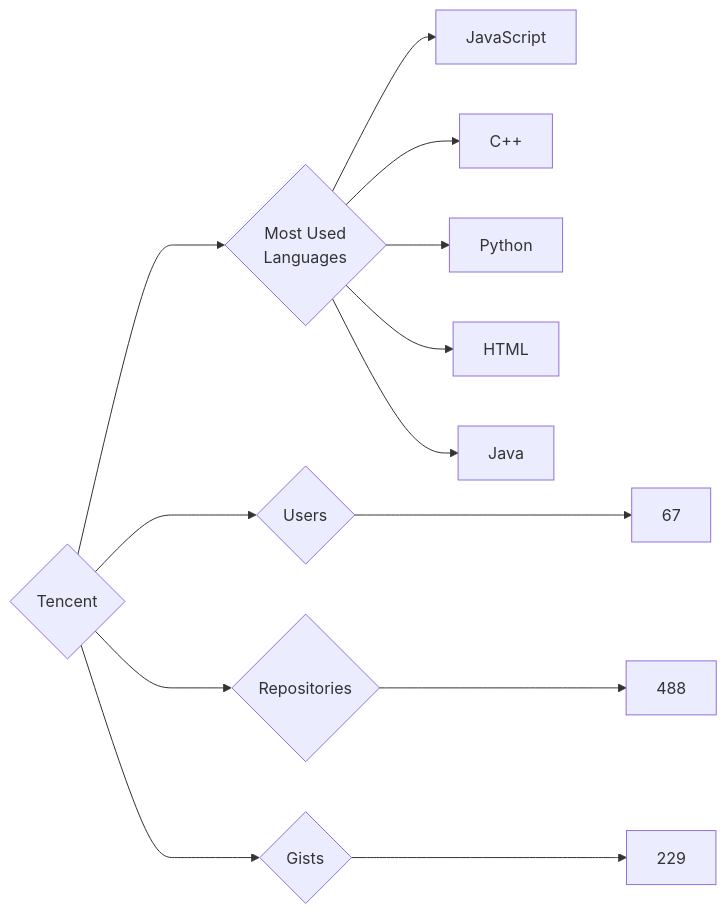
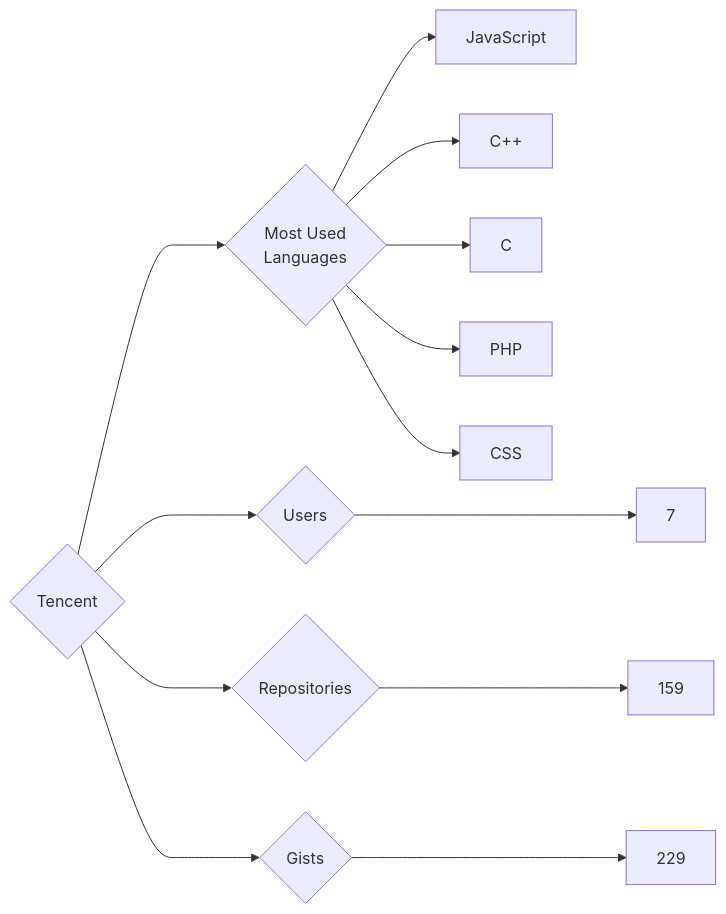
One commit to trickest/insiders changed the diagram in targets/Tencent/README.md. Above: the diagram before and after it, drawn with Mermaid. The commit also changed 681 other files, not shown here.

````diff
--- a/targets/Tencent/README.md
+++ b/targets/Tencent/README.md
@@ -3,13 +3,13 @@
 ```mermaid
 graph LR
 COMPANY_NAME{Tencent}
-COMPANY_NAME ---> U{Users} ---> UN[67]
-COMPANY_NAME ---> R{Repositories} ---> RN[488]
+COMPANY_NAME ---> U{Users} ---> UN[7]
+COMPANY_NAME ---> R{Repositories} ---> RN[159]
 COMPANY_NAME ---> G{Gists} ---> GN[229]
 COMPANY_NAME ---> ML{Most Used<br>Languages}
 ML --> JavaScript[JavaScript]
 ML --> C++[C++]
-ML --> Python[Python]
-ML --> HTML[HTML]
-ML --> Java[Java]
+ML --> C[C]
+ML --> PHP[PHP]
+ML --> CSS[CSS]
 ```
````
